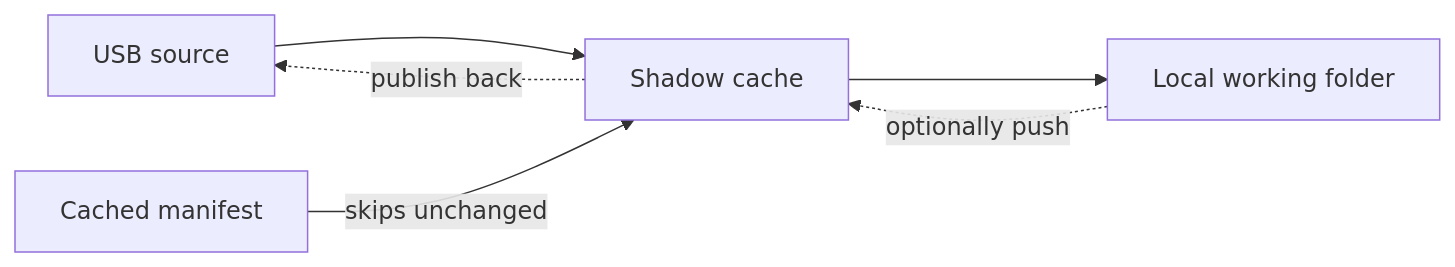
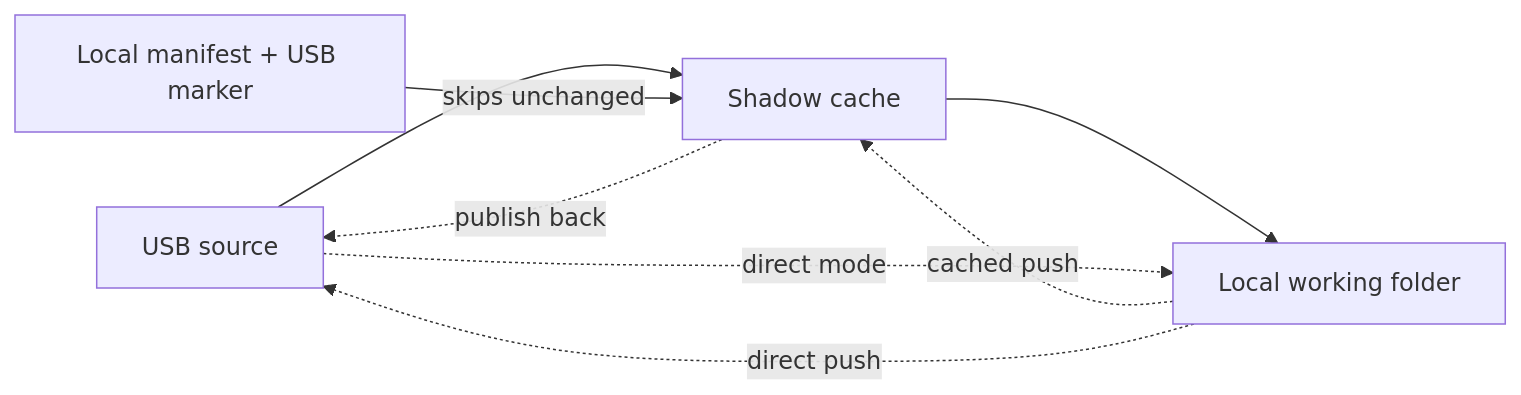
One commit to RadNotRed/ShadowSync changed the diagram in docs/index.md. Above: the diagram before and after it, drawn with Mermaid. The commit also changed other lines of this file and 8 other files, not shown here.

````diff
--- a/docs/index.md
+++ b/docs/index.md
@@ -29,8 +29,10 @@
 ```mermaid
 flowchart LR
     A["USB source"] --> B["Shadow cache"]
     B --> C["Local working folder"]
-    C -. "optionally push" .-> B
+    A -. "direct mode" .-> C
+    C -. "cached push" .-> B
+    C -. "direct push" .-> A
     B -. "publish back" .-> A
-    D["Cached manifest"] -- skips unchanged --> B
+    D["Local manifest + USB marker"] -- skips unchanged --> B
 ```
````
